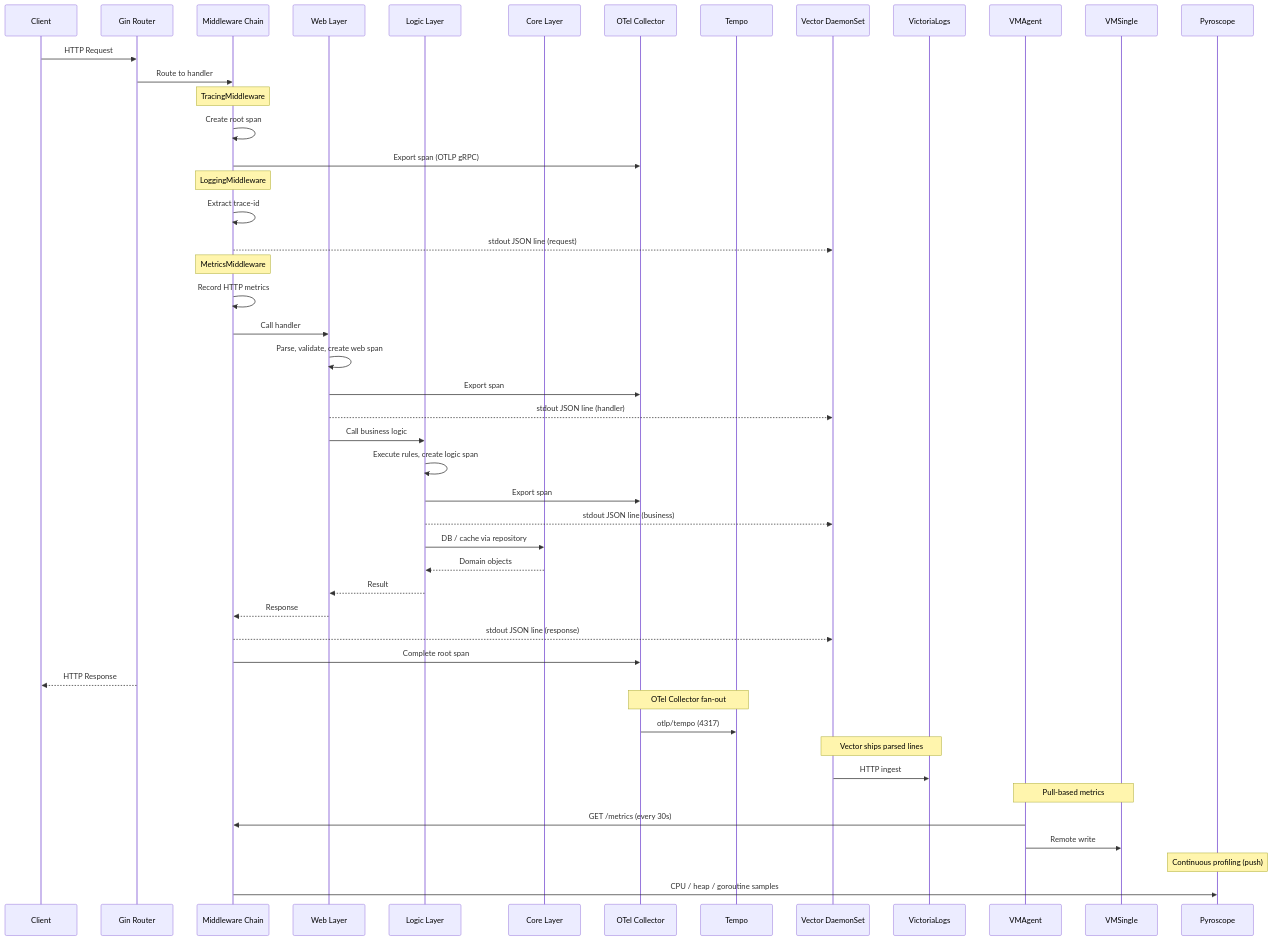
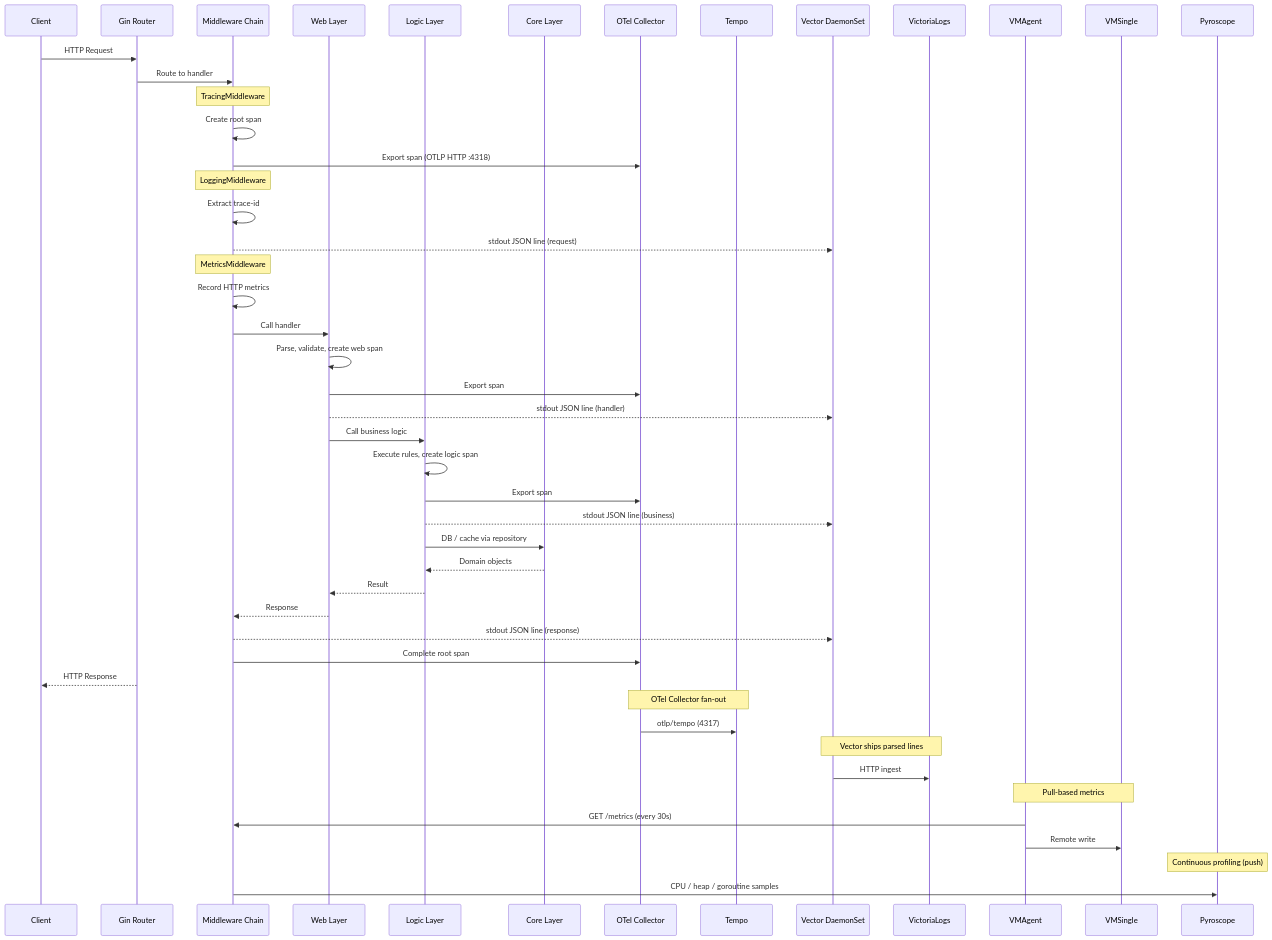
One commit to duynhlab/homelab changed the third of 5 diagrams in docs/observability/README.md. Above: the diagram before and after it, drawn with Mermaid. The commit also changed other lines of this file and 11 other files, not shown here.

````diff
--- a/docs/observability/README.md
+++ b/docs/observability/README.md
@@ -103,61 +101,61 @@
 ```mermaid
 sequenceDiagram
     participant Client
     participant Gin as Gin Router
     participant MW as Middleware Chain
     participant Web as Web Layer
     participant Logic as Logic Layer
     participant Core as Core Layer
     participant OTel as OTel Collector
     participant Tempo
     participant Vector as Vector DaemonSet
     participant VLogs as VictoriaLogs
     participant VMAgent
     participant VMSingle
     participant Pyro as Pyroscope
 
     Client->>Gin: HTTP Request
     Gin->>MW: Route to handler
 
     Note over MW: TracingMiddleware
     MW->>MW: Create root span
-    MW->>OTel: Export span (OTLP gRPC)
+    MW->>OTel: Export span (OTLP HTTP :4318)
 
     Note over MW: LoggingMiddleware
     MW->>MW: Extract trace-id
     MW-->>Vector: stdout JSON line (request)
 
     Note over MW: MetricsMiddleware
     MW->>MW: Record HTTP metrics
 
     MW->>Web: Call handler
     Web->>Web: Parse, validate, create web span
     Web->>OTel: Export span
     Web-->>Vector: stdout JSON line (handler)
     Web->>Logic: Call business logic
 
     Logic->>Logic: Execute rules, create logic span
     Logic->>OTel: Export span
     Logic-->>Vector: stdout JSON line (business)
     Logic->>Core: DB / cache via repository
     Core-->>Logic: Domain objects
 
     Logic-->>Web: Result
     Web-->>MW: Response
     MW-->>Vector: stdout JSON line (response)
     MW->>OTel: Complete root span
     Gin-->>Client: HTTP Response
 
     Note over OTel,Tempo: OTel Collector fan-out
     OTel->>Tempo: otlp/tempo (4317)
 
     Note over Vector,VLogs: Vector ships parsed lines
     Vector->>VLogs: HTTP ingest
 
     Note over VMAgent,VMSingle: Pull-based metrics
     VMAgent->>MW: GET /metrics (every 30s)
     VMAgent->>VMSingle: Remote write
 
     Note over Pyro: Continuous profiling (push)
     MW->>Pyro: CPU / heap / goroutine samples
 ```
````
